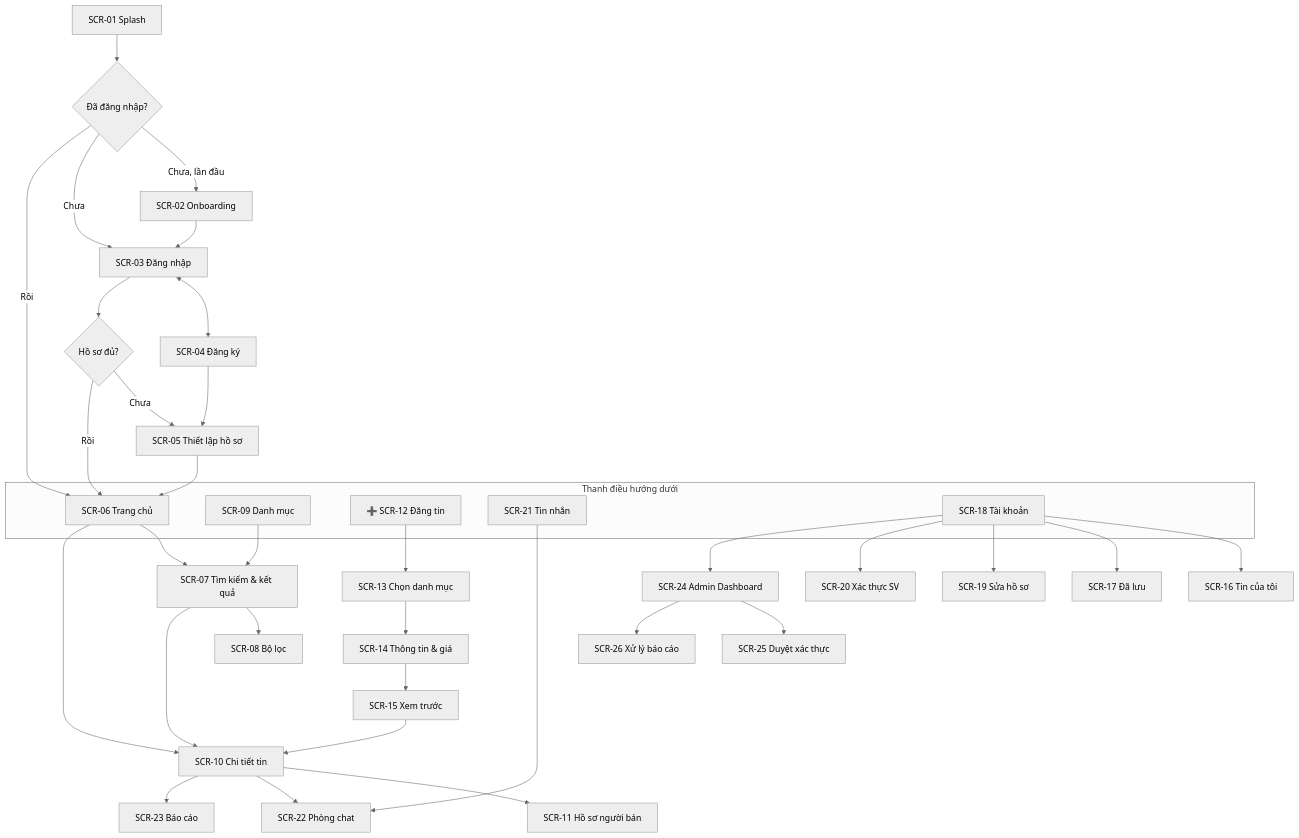
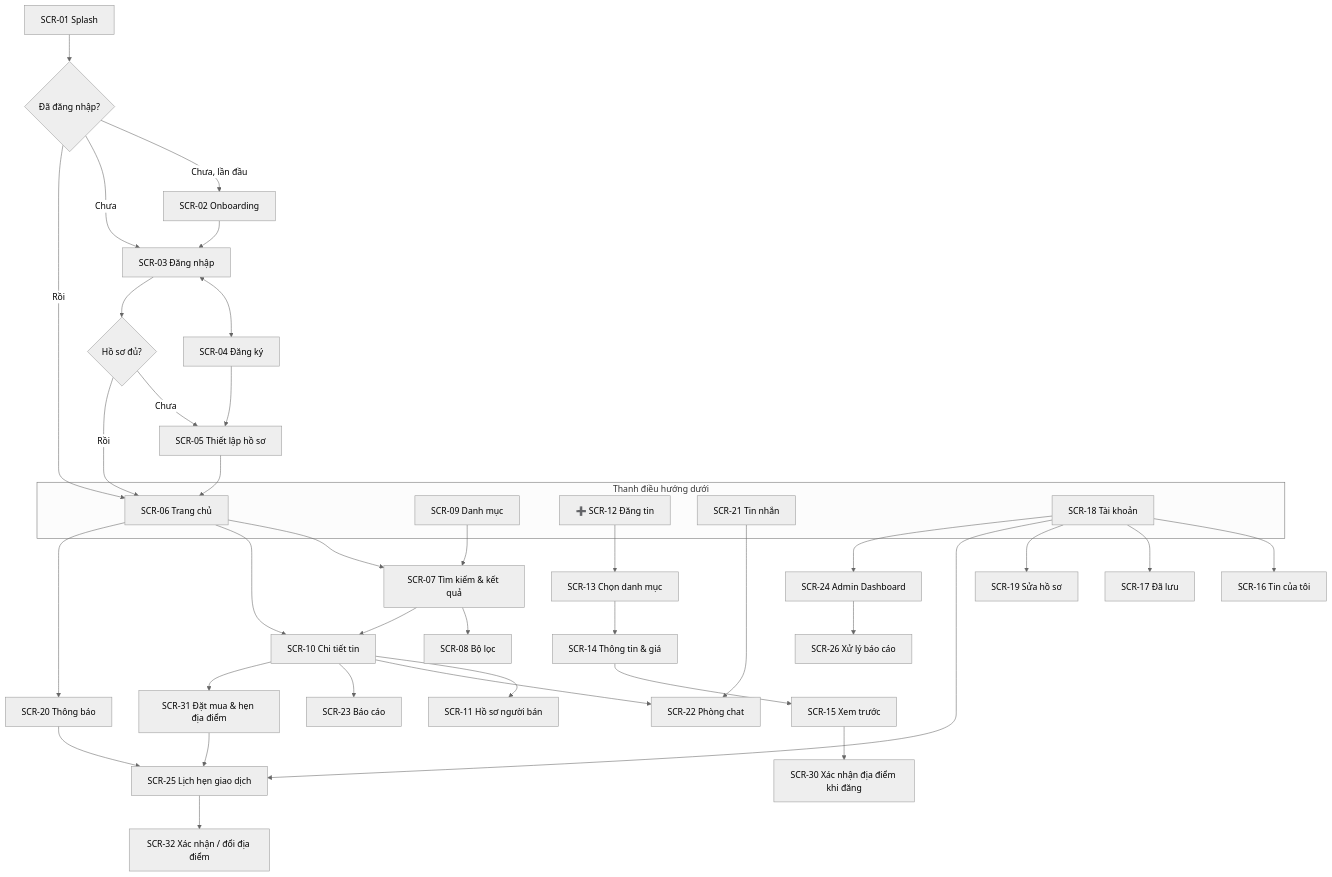
The diagram in docs/05-thiet-ke-giao-dien.md (Vanh2003-FL/API), drawn with Mermaid (neutral theme) before and after one commit. The commit also changed other lines of this file and 8 other files, not shown here.

````diff
--- a/docs/05-thiet-ke-giao-dien.md
+++ b/docs/05-thiet-ke-giao-dien.md
@@ -56,37 +59,40 @@
 ```mermaid
 flowchart TD
     S1[SCR-01 Splash] --> D{Đã đăng nhập?}
     D -- Chưa, lần đầu --> S2[SCR-02 Onboarding] --> S3
     D -- Chưa --> S3[SCR-03 Đăng nhập]
     S3 <--> S4[SCR-04 Đăng ký]
     S3 --> P{Hồ sơ đủ?}
     S4 --> S5
     P -- Chưa --> S5[SCR-05 Thiết lập hồ sơ] --> HOME
     P -- Rồi --> HOME
     D -- Rồi --> HOME
 
     subgraph BOTTOM["Thanh điều hướng dưới"]
         HOME[SCR-06 Trang chủ]
         CAT[SCR-09 Danh mục]
         POST[➕ SCR-12 Đăng tin]
         CHAT[SCR-21 Tin nhắn]
         ACC[SCR-18 Tài khoản]
     end
 
     HOME --> SR[SCR-07 Tìm kiếm & kết quả] --> FL[SCR-08 Bộ lọc]
     HOME --> DT[SCR-10 Chi tiết tin]
     CAT --> SR
     SR --> DT
     DT --> SP[SCR-11 Hồ sơ người bán]
     DT --> CR[SCR-22 Phòng chat]
     DT --> RP[SCR-23 Báo cáo]
-    POST --> P2[SCR-13 Chọn danh mục] --> P3[SCR-14 Thông tin & giá] --> P4[SCR-15 Xem trước] --> DT
+    DT --> BUY[SCR-31 Đặt mua & hẹn địa điểm] --> AP
+    HOME --> NT[SCR-20 Thông báo] --> AP[SCR-25 Lịch hẹn giao dịch]
+    AP --> CF[SCR-32 Xác nhận / đổi địa điểm]
+    P4 --> CP[SCR-30 Xác nhận địa điểm khi đăng]
+    POST --> P2[SCR-13 Chọn danh mục] --> P3[SCR-14 Thông tin & giá] --> P4[SCR-15 Xem trước]
     CHAT --> CR
     ACC --> ML[SCR-16 Tin của tôi]
     ACC --> FV[SCR-17 Đã lưu]
     ACC --> ED[SCR-19 Sửa hồ sơ]
-    ACC --> VF[SCR-20 Xác thực SV]
+    ACC --> AP
     ACC --> AD[SCR-24 Admin Dashboard]
-    AD --> AV[SCR-25 Duyệt xác thực]
     AD --> AR[SCR-26 Xử lý báo cáo]
 ```
````
